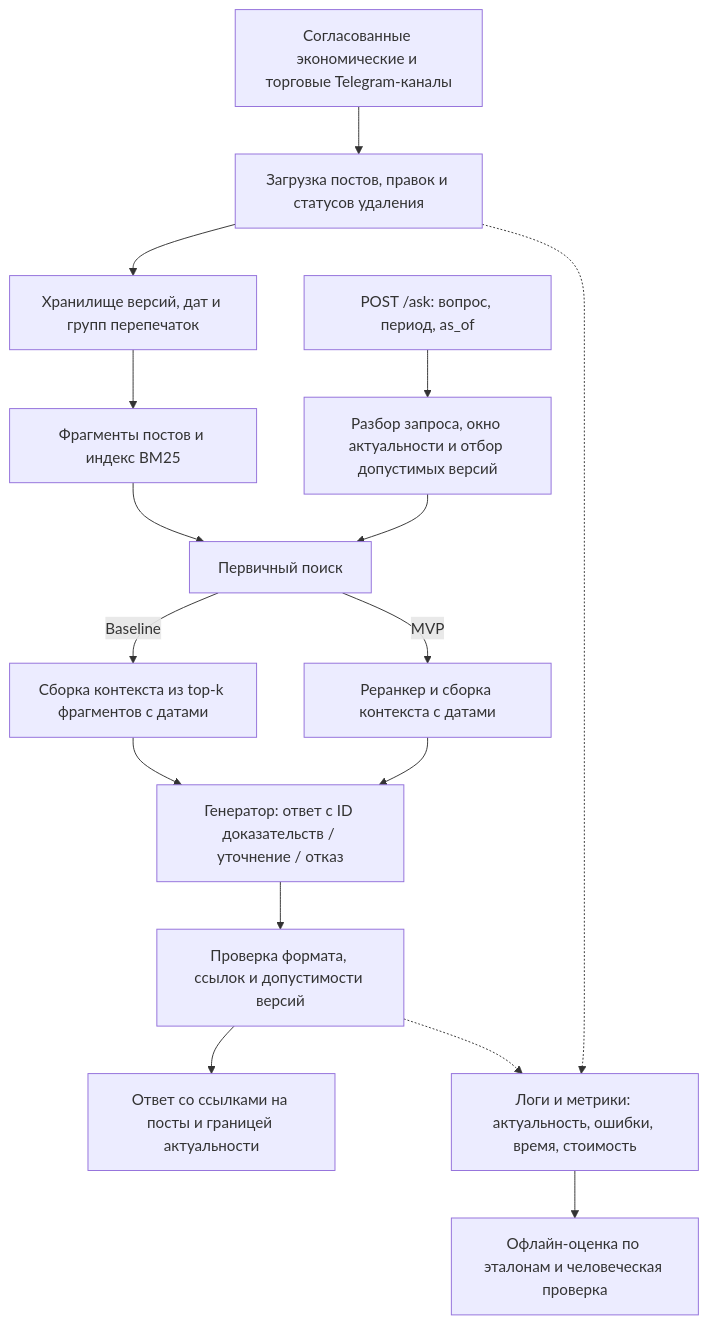
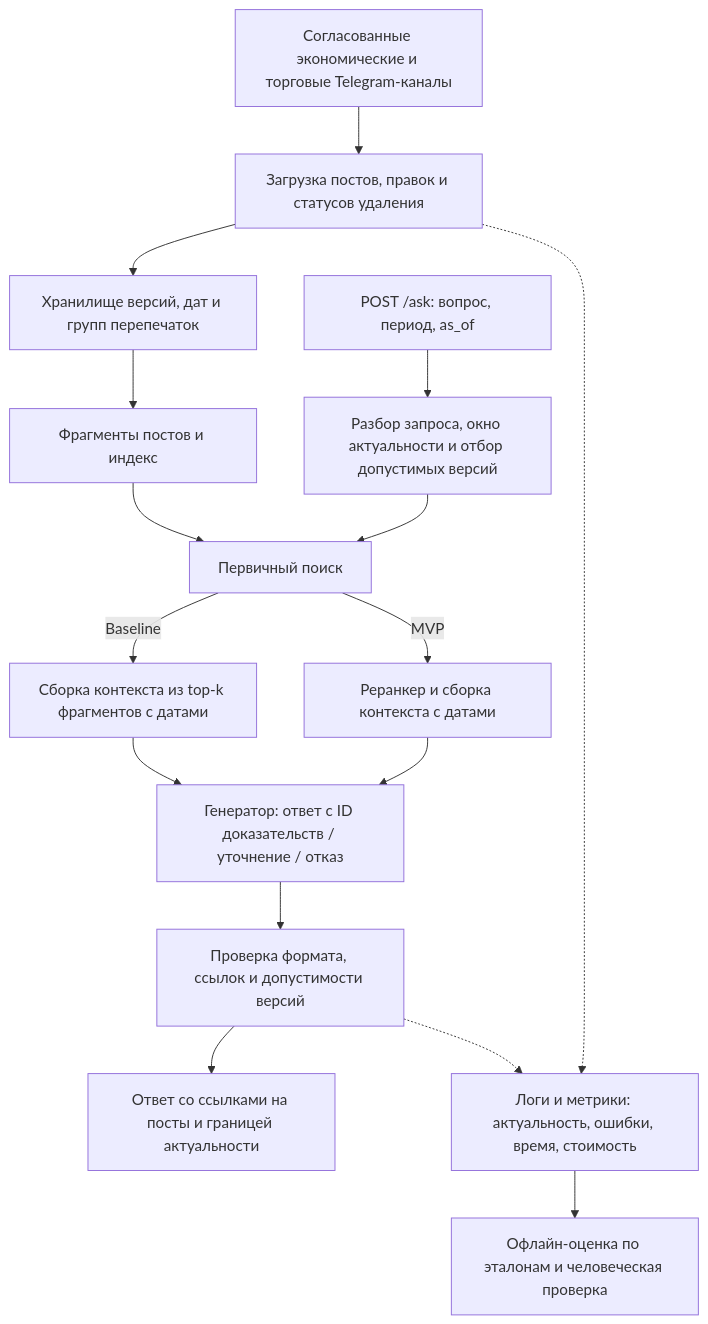
One commit to bruhwalk/news-rag changed the diagram in docs/ml_system_design_doc.md. Above: the diagram before and after it, drawn with Mermaid. The commit also changed other lines of this file, not shown here.

````diff
--- a/docs/ml_system_design_doc.md
+++ b/docs/ml_system_design_doc.md
@@ -121,18 +121,18 @@
 ```mermaid
 flowchart TD
     TG["Согласованные экономические и торговые Telegram-каналы"] --> ING["Загрузка постов, правок и статусов удаления"]
     ING --> V["Хранилище версий, дат и групп перепечаток"]
-    V --> IDX["Фрагменты постов и индекс BM25"]
+    V --> IDX["Фрагменты постов и индекс"]
     Q["POST /ask: вопрос, период, as_of"] --> TF["Разбор запроса, окно актуальности и отбор допустимых версий"]
     IDX --> RET["Первичный поиск"]
     TF --> RET
     RET -->|Baseline| BASE["Сборка контекста из top-k фрагментов с датами"]
     RET -->|MVP| RR["Реранкер и сборка контекста с датами"]
     BASE --> G["Генератор: ответ с ID доказательств / уточнение / отказ"]
     RR --> G
     G --> CHECK["Проверка формата, ссылок и допустимости версий"]
     CHECK --> OUT["Ответ со ссылками на посты и границей актуальности"]
     ING -.-> LOG["Логи и метрики: актуальность, ошибки, время, стоимость"]
     CHECK -.-> LOG
     LOG --> EVAL["Офлайн-оценка по эталонам и человеческая проверка"]
 ```
````
